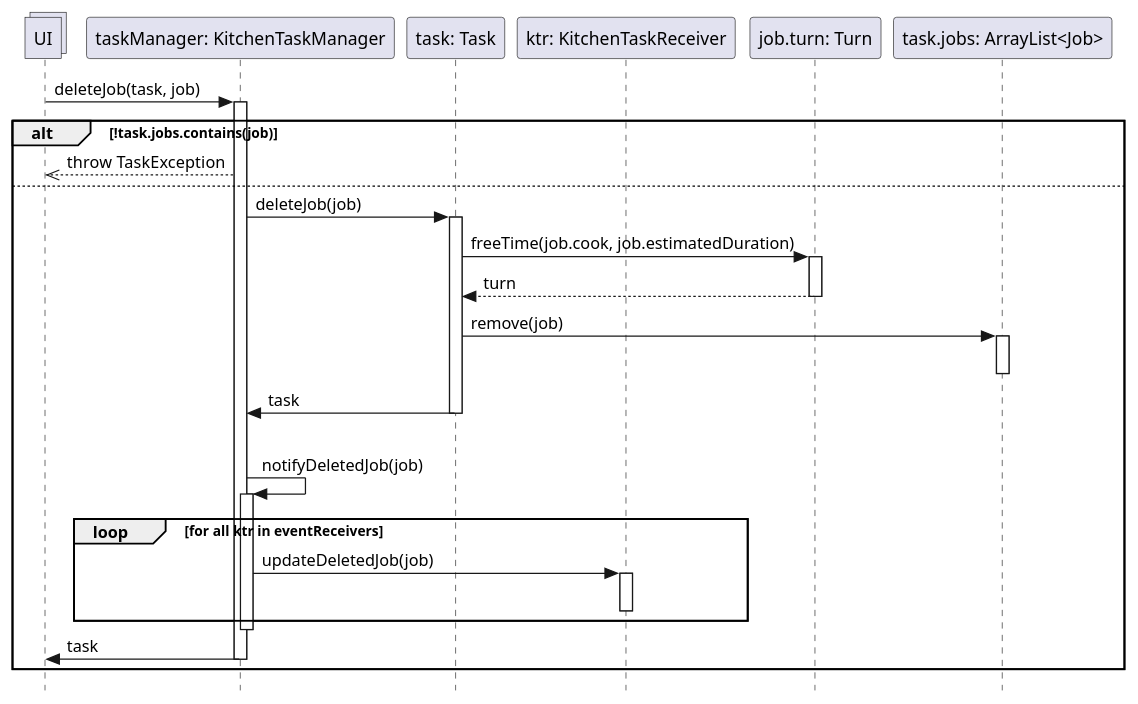
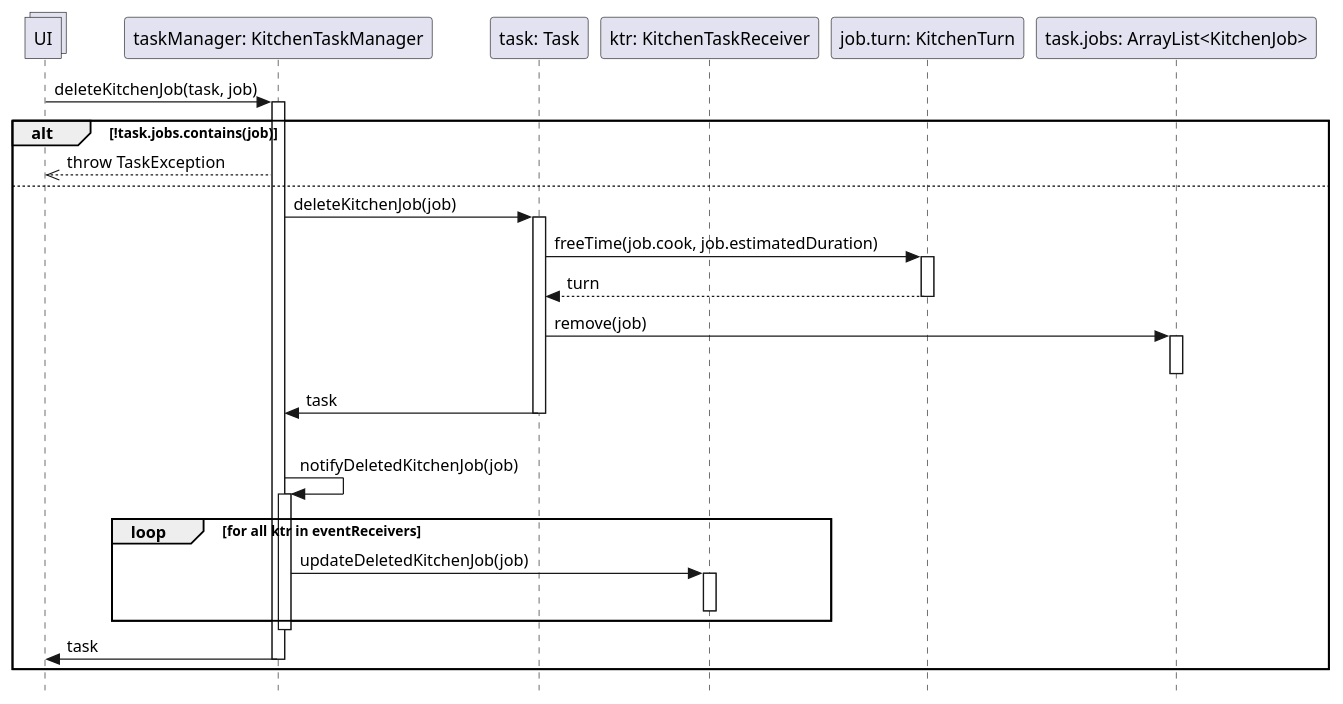
One commit to stefa168/sas-project changed the diagram in Progettazione/UC Gestire Compiti Cucina/DSD/DSD Operazione 6a.puml. Above: the diagram before and after it, drawn with PlantUML. The commit also changed 9 other files, not shown here.

Commit message:
Adattati tutti i riferimenti a Turn e Job che ora sono KitchenTurn e KitchenJob

```diff
--- a/Progettazione/UC Gestire Compiti Cucina/DSD/DSD Operazione 6a.puml
+++ b/Progettazione/UC Gestire Compiti Cucina/DSD/DSD Operazione 6a.puml
@@ -1,50 +1,50 @@
 @startuml Operazione 6a
 skinparam Style strictuml
 
 collections UI
 
 'commento di prova per vedere se riesco a pushare sul nuovo pc
 
 participant "taskManager: KitchenTaskManager" as tm
 participant "task: Task" as task
 participant "ktr: KitchenTaskReceiver" as ktr
-participant "job.turn: Turn" as t
-participant "task.jobs: ArrayList<Job>" as jl
+participant "job.turn: KitchenTurn" as t
+participant "task.jobs: ArrayList<KitchenJob>" as jl
 
-UI -> tm: deleteJob(task, job)
+UI -> tm: deleteKitchenJob(task, job)
 activate tm
 
 alt !task.jobs.contains(job)
     UI <<-- tm: throw TaskException
 else
-    tm -> task: deleteJob(job)
+    tm -> task: deleteKitchenJob(job)
     activate task
     task -> t: freeTime(job.cook, job.estimatedDuration)
     activate t
     return turn
 
     task -> jl: remove(job)
     activate jl
     deactivate jl
 
     tm <- task: task
     deactivate task
 
     |||
-    tm -> tm: notifyDeletedJob(job)
+    tm -> tm: notifyDeletedKitchenJob(job)
     activate tm
     loop for all ktr in eventReceivers
-        tm -> ktr : updateDeletedJob(job)
+        tm -> ktr : updateDeletedKitchenJob(job)
         activate ktr
         deactivate ktr
     end
     deactivate tm
 
     UI <- tm: task
     deactivate tm
 
 end
 
 deactivate tm
 
 @enduml
```
